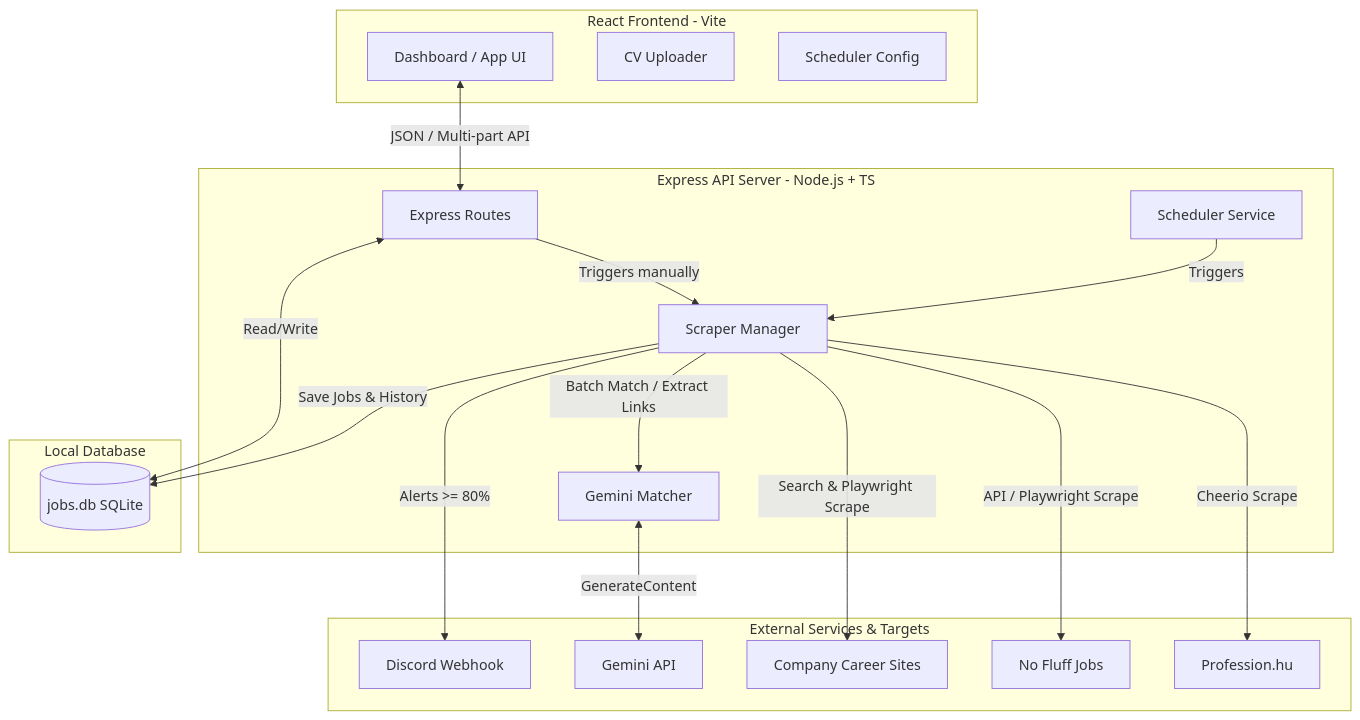
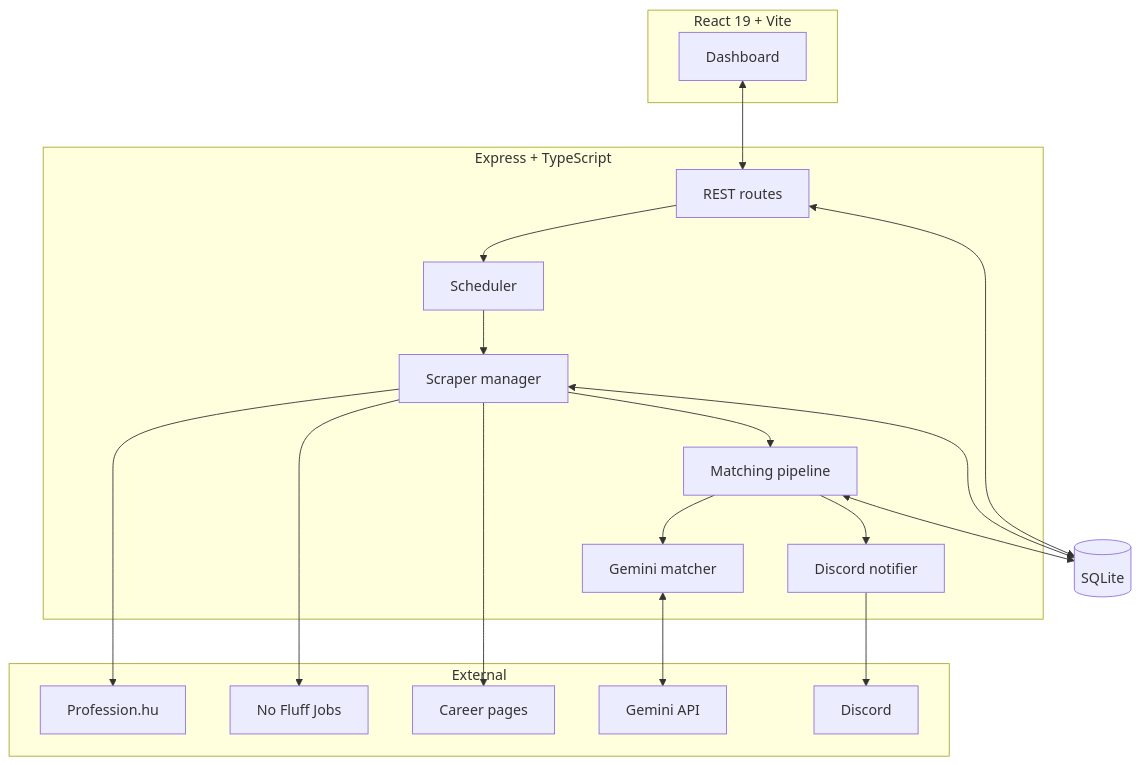
One commit to Daemon0928/Jinder changed the diagram in README.md. Above: the diagram before and after it, drawn with Mermaid. The commit also changed other lines of this file and 5 other files, not shown here.

First line of the commit message:
Portfolio presentation: README overhaul, architecture docs, screenshots

````diff
--- a/README.md
+++ b/README.md
@@ -61,39 +73,32 @@
 ```mermaid
 flowchart TD
-    subgraph Frontend [React Frontend - Vite]
-        UI[Dashboard / App UI]
-        CVU[CV Uploader]
-        SC[Scheduler Config]
+    subgraph Frontend [React 19 + Vite]
+        UI[Dashboard]
     end
 
-    subgraph Backend [Express API Server - Node.js + TS]
-        API[Express Routes]
-        SM[Scraper Manager]
-        Sched[Scheduler Service]
-        GM[Gemini Matcher]
+    subgraph Backend [Express + TypeScript]
+        API[REST routes]
+        Sched[Scheduler]
+        SM[Scraper manager]
+        Pipe[Matching pipeline]
+        GM[Gemini matcher]
+        Notify[Discord notifier]
     end
 
-    subgraph External [External Services & Targets]
+    subgraph External
         Prof[Profession.hu]
         NFJ[No Fluff Jobs]
-        ATS[Company Career Sites]
-        GemAPI[Gemini API]
-        Disc[Discord Webhook]
+        ATS[Career pages]
+        Gem[Gemini API]
+        Disc[Discord]
     end
 
-    subgraph Storage [Local Database]
-        DB[(jobs.db SQLite)]
-    end
+    DB[(SQLite)]
 
-    UI <-->|JSON / Multi-part API| API
-    Sched -->|Triggers| SM
-    API -->|Triggers manually| SM
-    SM -->|Cheerio Scrape| Prof
-    SM -->|API / Playwright Scrape| NFJ
-    SM -->|Search & Playwright Scrape| ATS
-    SM -->|Batch Match / Extract Links| GM
-    GM <-->|GenerateContent| GemAPI
-    SM -->|Alerts >= 80%| Disc
-    API <-->|Read/Write| DB
-    SM -->|Save Jobs & History| DB
+    UI <--> API
+    API --> Sched --> SM
+    SM --> Prof & NFJ & ATS
+    SM --> Pipe --> GM <--> Gem
+    Pipe --> Notify --> Disc
+    API & SM & Pipe <--> DB
 ```
````
